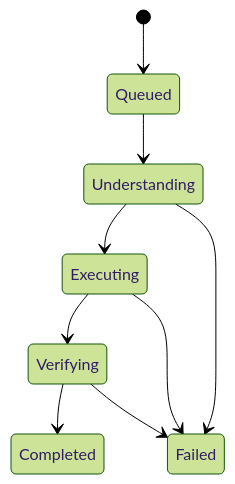
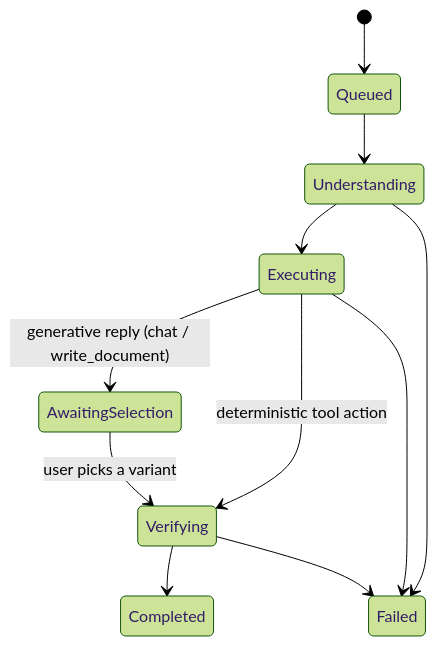
The third of 3 diagrams in aether/docs/ARCHITECTURE.md (eshaansingla/Aether), drawn with Mermaid (forest theme) before and after one commit. The commit also changed other lines of this file and 5 other files, not shown here.

````diff
--- a/aether/docs/ARCHITECTURE.md
+++ b/aether/docs/ARCHITECTURE.md
@@ -22,11 +59,13 @@
 ```mermaid
 stateDiagram-v2
     [*] --> Queued
     Queued --> Understanding
     Understanding --> Executing
-    Executing --> Verifying
+    Executing --> AwaitingSelection: generative reply (chat / write_document)
+    Executing --> Verifying: deterministic tool action
+    AwaitingSelection --> Verifying: user picks a variant
     Verifying --> Completed
     Understanding --> Failed
     Executing --> Failed
     Verifying --> Failed
 ```
````
